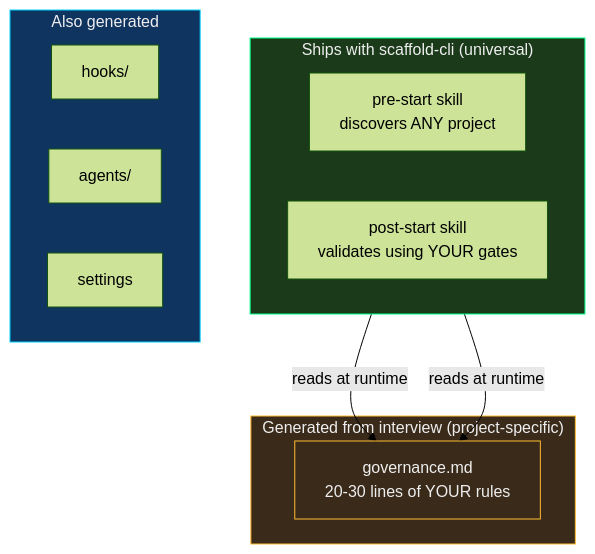
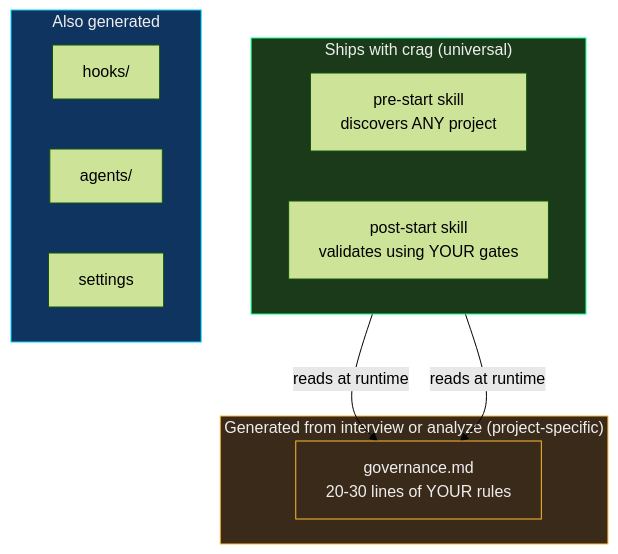
Before and after one commit to WhitehatD/crag: the first of 4 diagrams in README.md, drawn with Mermaid (forest theme). The commit also changed other lines of this file and 41 other files, not shown here.

````diff
--- a/README.md
+++ b/README.md
@@ -32,26 +38,26 @@
 ```mermaid
 flowchart TB
-    subgraph SHIPPED["Ships with scaffold-cli (universal)"]
+    subgraph SHIPPED["Ships with crag (universal)"]
         direction LR
         PRE["pre-start skill\ndiscovers ANY project"]
         POST["post-start skill\nvalidates using YOUR gates"]
     end
 
-    subgraph GENERATED["Generated from interview (project-specific)"]
+    subgraph GENERATED["Generated from interview or analyze (project-specific)"]
         GOV["governance.md\n20-30 lines of YOUR rules"]
     end
 
     subgraph ALSO["Also generated"]
         HOOKS["hooks/"]
         AGENTS["agents/"]
         SETTINGS["settings"]
     end
 
     PRE -->|"reads at runtime"| GOV
     POST -->|"reads at runtime"| GOV
 
     style SHIPPED fill:#1a3a1a,stroke:#00ff88,color:#eee
     style GENERATED fill:#3a2a1a,stroke:#ffbb33,color:#eee
     style GOV fill:#3a2a1a,stroke:#ffbb33,color:#eee
     style ALSO fill:#0f3460,stroke:#00d2ff,color:#eee
 ```
````
